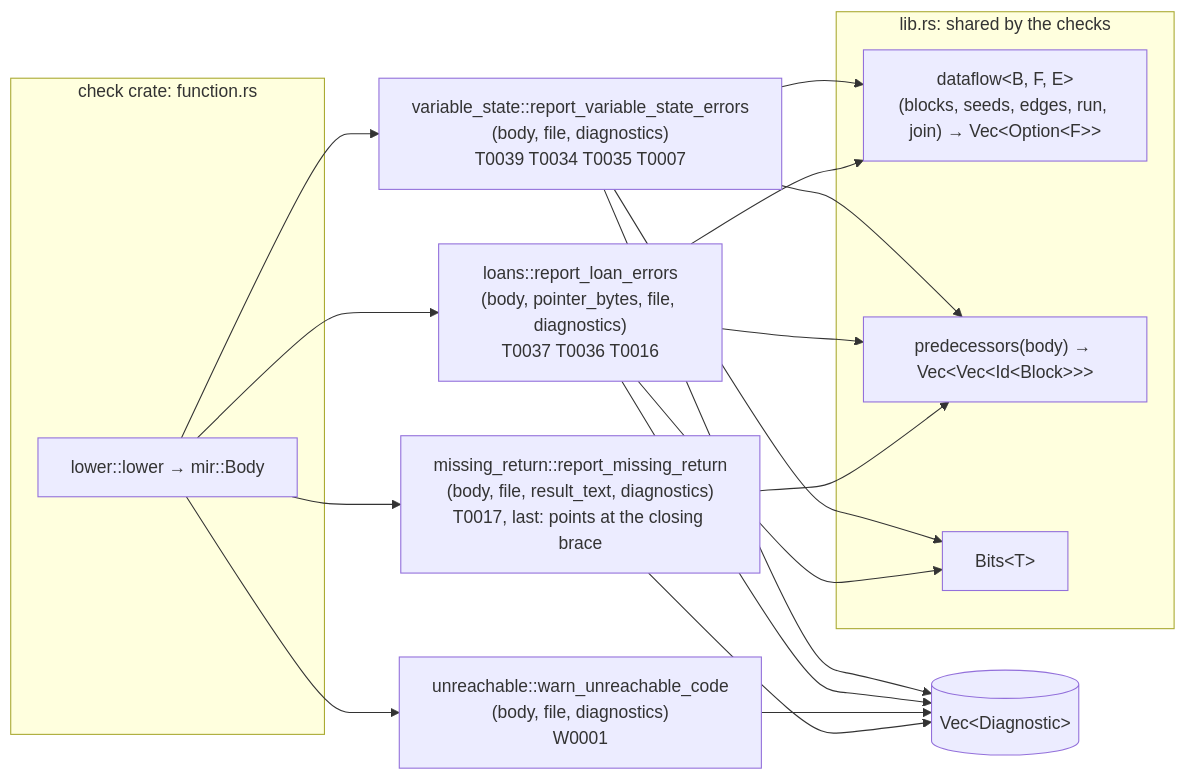
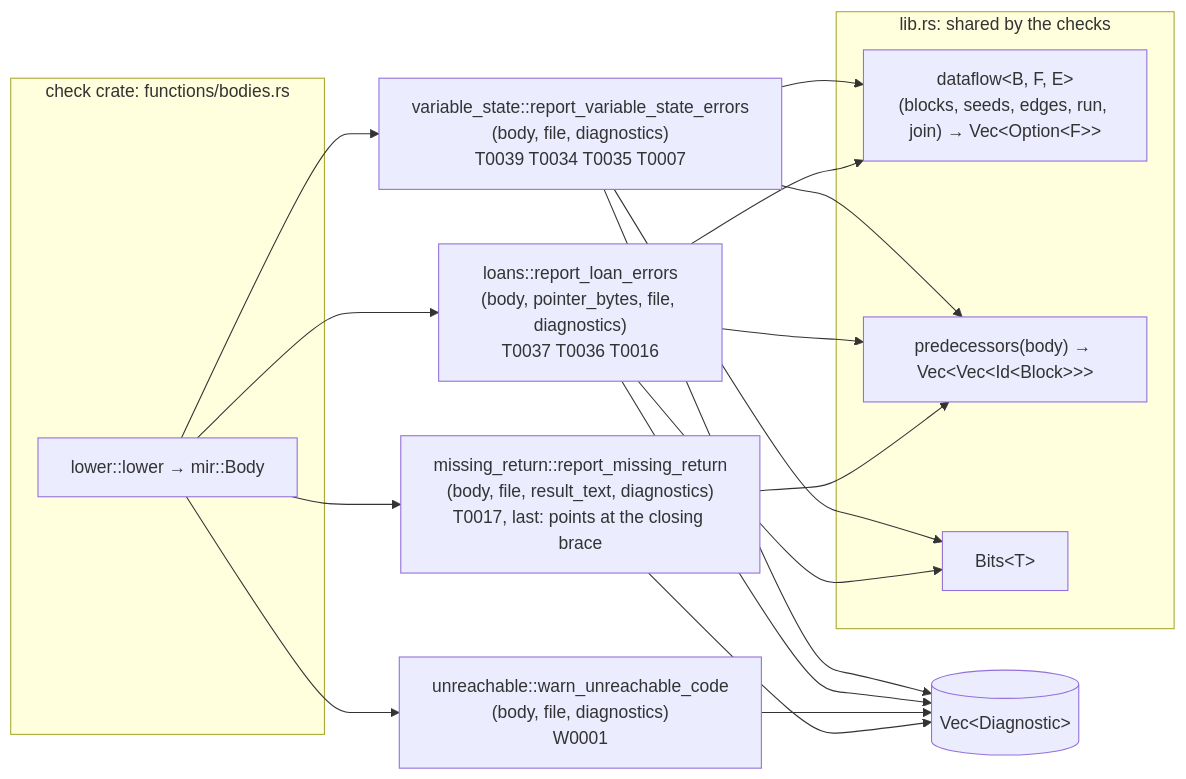
Before and after one commit to PeeperLanguage/compiler: the first of 7 diagrams in docs/flow-crate.md, drawn with Mermaid. The commit also changed other lines of this file and 2 other files, not shown here.

First line of the commit message:
Point the docs at the moved crate paths

````diff
--- a/docs/flow-crate.md
+++ b/docs/flow-crate.md
@@ -19,20 +19,20 @@
 ```mermaid
 flowchart LR
-    subgraph check["check crate: function.rs"]
+    subgraph check["check crate: functions/bodies.rs"]
         lower["lower::lower → mir::Body"]
     end
     lower --> VS["variable_state::report_variable_state_errors<br/>(body, file, diagnostics)<br/>T0039 T0034 T0035 T0007"]
     lower --> LO["loans::report_loan_errors<br/>(body, pointer_bytes, file, diagnostics)<br/>T0037 T0036 T0016"]
     lower --> UR["unreachable::warn_unreachable_code<br/>(body, file, diagnostics)<br/>W0001"]
     lower --> MR["missing_return::report_missing_return<br/>(body, file, result_text, diagnostics)<br/>T0017, last: points at the closing brace"]
 
     subgraph shared["lib.rs: shared by the checks"]
         DF["dataflow&lt;B, F, E&gt;<br/>(blocks, seeds, edges, run, join) → Vec&lt;Option&lt;F&gt;&gt;"]
         PR["predecessors(body) → Vec&lt;Vec&lt;Id&lt;Block&gt;&gt;&gt;"]
         BI["Bits&lt;T&gt;"]
     end
     VS --> DF & PR & BI
     LO --> DF & PR & BI
     MR --> PR
     VS & LO & UR & MR --> D[("Vec&lt;Diagnostic&gt;")]
 ```
````
